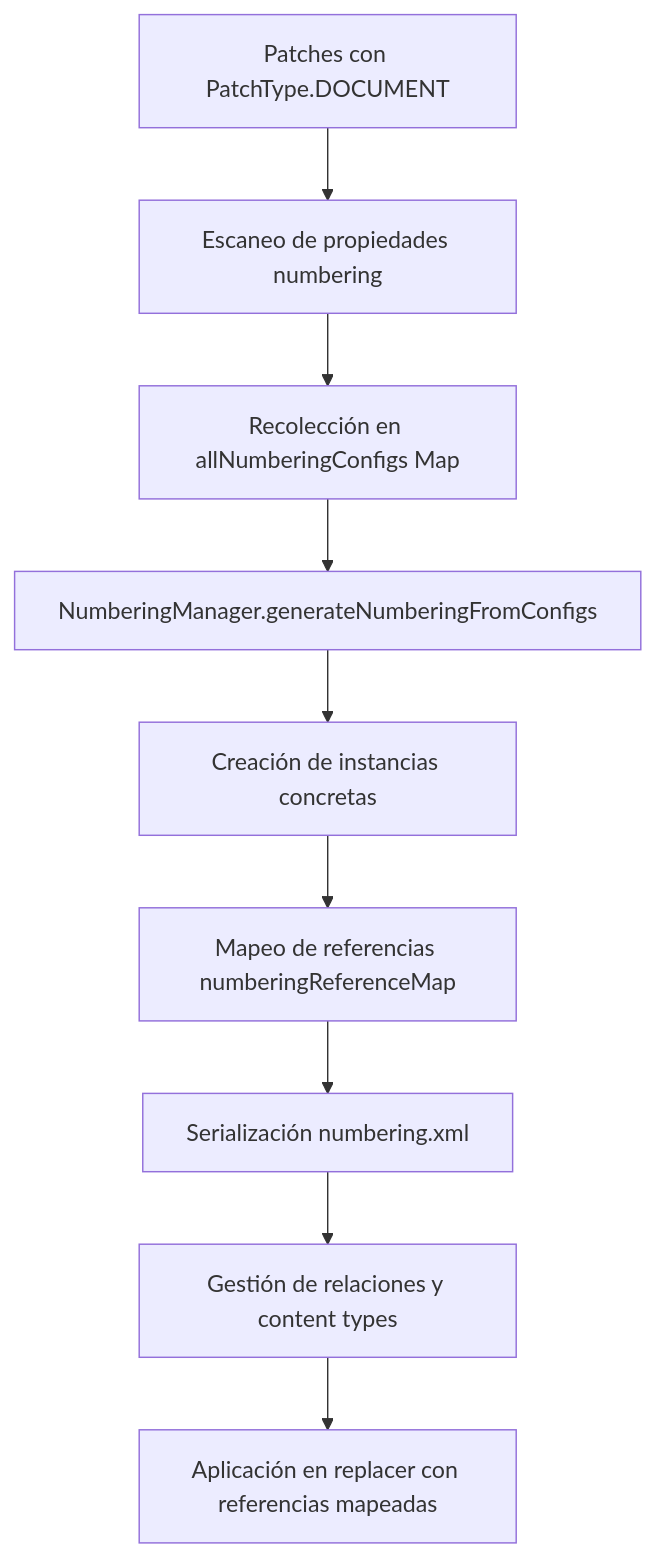
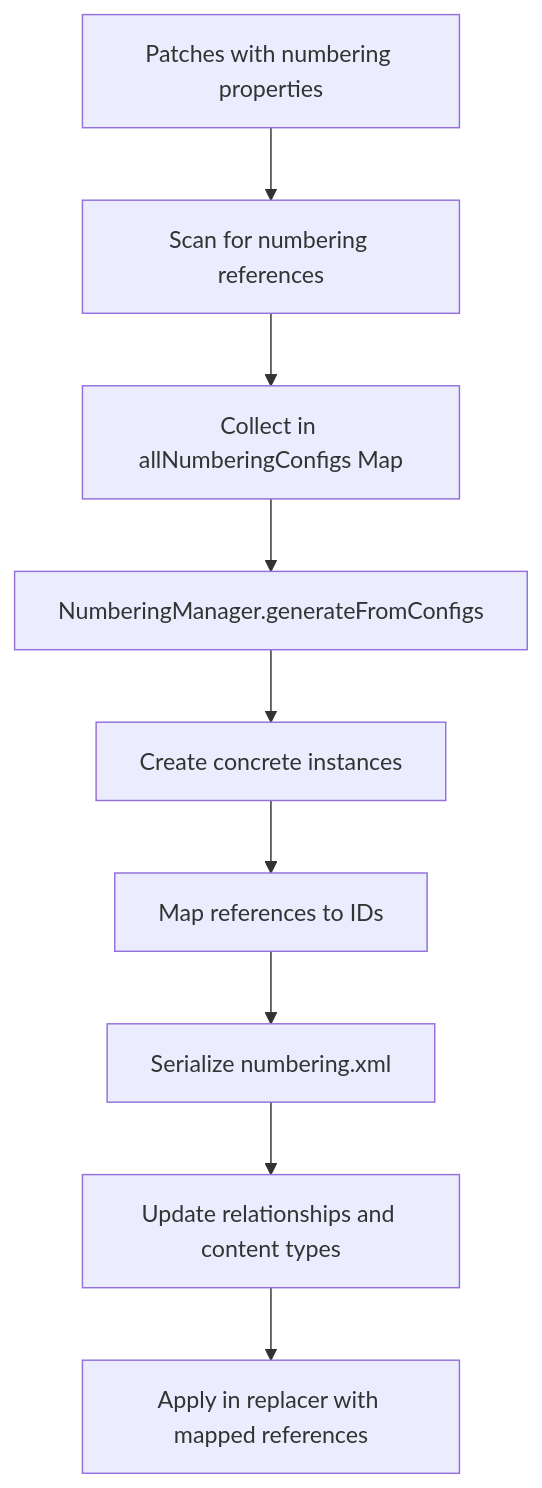
The first of 2 diagrams in README.md (StudentCristian/Patcher-AgentDocs), drawn with Mermaid before and after one commit. The commit also changed other lines of this file and 7 other files, not shown here.

````diff
--- a/README.md
+++ b/README.md
@@ -62,11 +184,11 @@
 ```mermaid
 flowchart TD
-    A[Patches con PatchType.DOCUMENT] --> B[Escaneo de propiedades numbering]
-    B --> C[Recolección en allNumberingConfigs Map]
-    C --> D[NumberingManager.generateNumberingFromConfigs]
-    D --> E[Creación de instancias concretas]
-    E --> F[Mapeo de referencias numberingReferenceMap]
-    F --> G[Serialización numbering.xml]
-    G --> H[Gestión de relaciones y content types]
-    H --> I[Aplicación en replacer con referencias mapeadas]
+    A[Patches with numbering properties] --> B[Scan for numbering references]
+    B --> C[Collect in allNumberingConfigs Map]
+    C --> D[NumberingManager.generateFromConfigs]
+    D --> E[Create concrete instances]
+    E --> F[Map references to IDs]
+    F --> G[Serialize numbering.xml]
+    G --> H[Update relationships and content types]
+    H --> I[Apply in replacer with mapped references]
 ```
````
